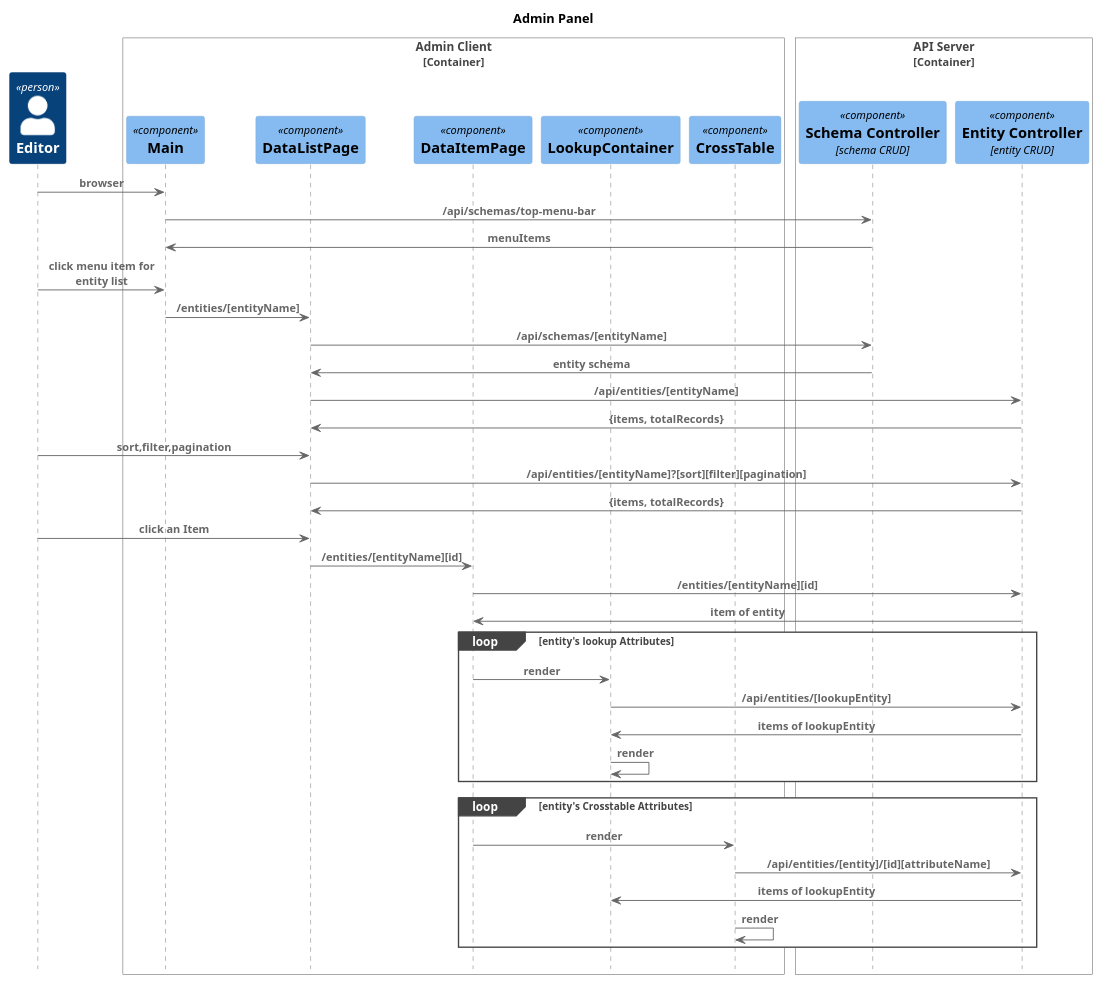
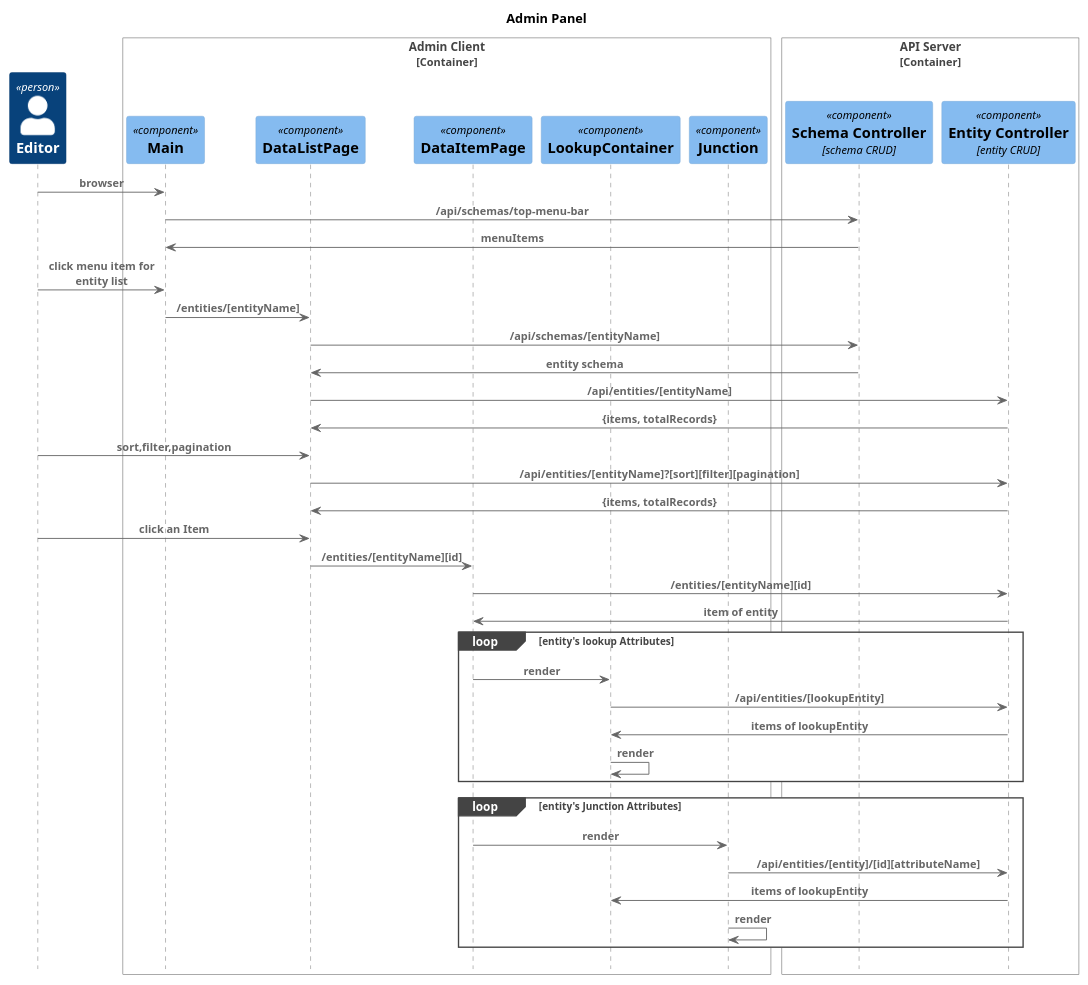
Before and after one commit to vpstarweb/formcms: the diagram in doc/diagrams/admin-panel-sequence.puml, drawn with PlantUML. The commit also changed 78 other files, not shown here.

```diff
--- a/doc/diagrams/admin-panel-sequence.puml
+++ b/doc/diagrams/admin-panel-sequence.puml
@@ -1,51 +1,51 @@
 @startuml
 !include https://raw.githubusercontent.com/plantuml-stdlib/C4-PlantUML/master/C4_Sequence.puml
 '!include ../../../C4-PlantUML/C4_Sequence.puml
 title Admin Panel
 
 Person(editor, Editor, "Manage content")
 
 Container_Boundary(client,"Admin Client", "dd", "")
 Component(app, "Main", "", "")
 Component(dataListPage, "DataListPage", "", "")
 Component(dataItemPage, "DataItemPage", "", "")
 Component(lookupContainer, "LookupContainer", "", "")
-Component(crosstable, "CrossTable", "", "")
+Component(junction, "Junction", "", "")
 Boundary_End()
 
 Container_Boundary(apiServer,"API Server")
 Component(schemaController, "Schema Controller", "schema CRUD", "")
 Component(entityController, "Entity Controller", "entity CRUD", "")
 Boundary_End()
 
 Rel(editor, app,"browser","")
 Rel(app, schemaController, "/api/schemas/top-menu-bar","")
 Rel(schemaController, app, "menuItems","")
 
 Rel(editor, app,"click menu item for entity list","")
 Rel(app, dataListPage,"/entities/[entityName]","")
 Rel(dataListPage, schemaController, "/api/schemas/[entityName]","")
 Rel(schemaController, dataListPage, "entity schema","")
 Rel(dataListPage, entityController, "/api/entities/[entityName]","")
 Rel(entityController, dataListPage, "{items, totalRecords}","")
 Rel(editor, dataListPage, "sort,filter,pagination","")
 Rel(dataListPage, entityController, "/api/entities/[entityName]?[sort][filter][pagination]","")
 Rel(entityController, dataListPage, "{items, totalRecords}","")
 
 Rel(editor, dataListPage, "click an Item","")
 Rel(dataListPage, dataItemPage, "/entities/[entityName][id]","")
 Rel(dataItemPage, entityController, "/entities/[entityName][id]","")
 Rel(entityController,dataItemPage, "item of entity","")
 loop entity's lookup Attributes
     Rel(dataItemPage, lookupContainer,"render","")
     Rel(lookupContainer, entityController,"/api/entities/[lookupEntity]","")
     Rel(entityController, lookupContainer,"items of lookupEntity","")
     Rel(lookupContainer, lookupContainer, "render","")
 end
-loop entity's Crosstable Attributes
-    Rel(dataItemPage, crosstable,"render","")
-    Rel(crosstable, entityController,"/api/entities/[entity]/[id][attributeName]","")
+loop entity's Junction Attributes
+    Rel(dataItemPage, junction,"render","")
+    Rel(junction, entityController,"/api/entities/[entity]/[id][attributeName]","")
     Rel(entityController, lookupContainer,"items of lookupEntity","")
-    Rel(crosstable, crosstable, "render","")
+    Rel(junction, junction, "render","")
 end
 @enduml
```
